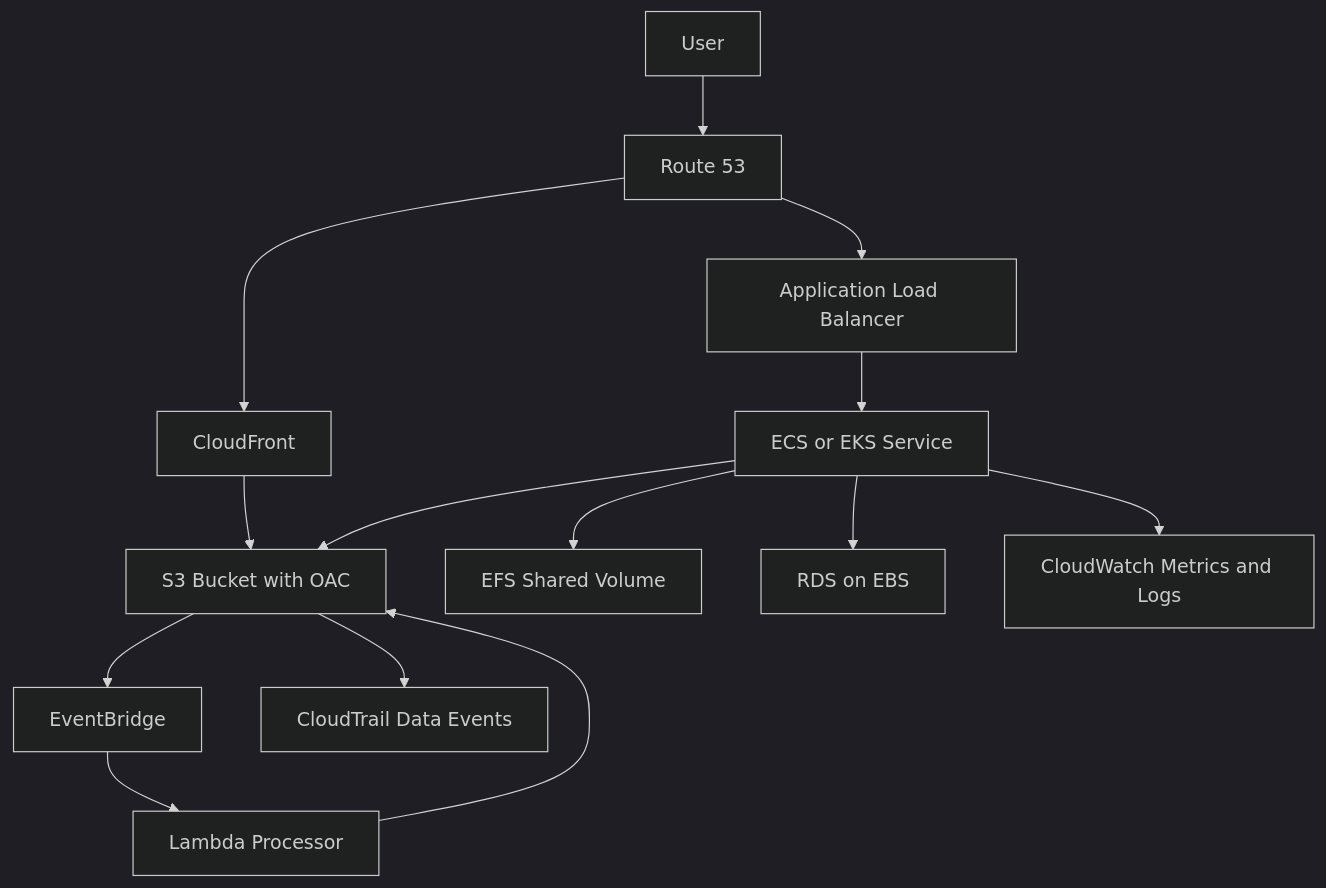
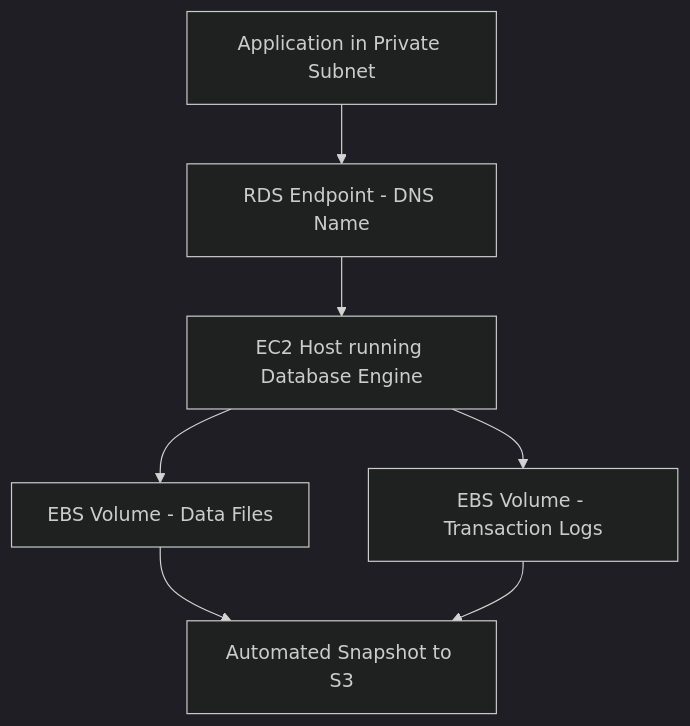
One commit to norbutlepcha25/dso303 changed the eighth of 35 diagrams in docs/unit1/topic5.md. Above: the diagram before and after it, drawn with Mermaid (dark theme). The commit also changed other lines of this file and 945 other files, not shown here.

````diff
--- a/docs/unit1/topic5.md
+++ b/docs/unit1/topic5.md
@@ -543,16 +466,9 @@
 ```mermaid
 graph TD
-    U["User"] --> R53["Route 53"]
-    R53 --> CF["CloudFront"]
-    CF --> S3["S3 Bucket with OAC"]
-    R53 --> ALB["Application Load Balancer"]
-    ALB --> ECS["ECS or EKS Service"]
-    ECS --> EFSV["EFS Shared Volume"]
-    ECS --> S3
-    ECS --> RDS["RDS on EBS"]
-    S3 --> EVB["EventBridge"]
-    EVB --> LMB["Lambda Processor"]
-    LMB --> S3
-    S3 --> CT["CloudTrail Data Events"]
-    ECS --> CW["CloudWatch Metrics and Logs"]
+    A["Application in Private Subnet"] --> B["RDS Endpoint - DNS Name"]
+    B --> C["EC2 Host running Database Engine"]
+    C --> D["EBS Volume - Data Files"]
+    C --> E["EBS Volume - Transaction Logs"]
+    D --> F["Automated Snapshot to S3"]
+    E --> F
 ```
````
